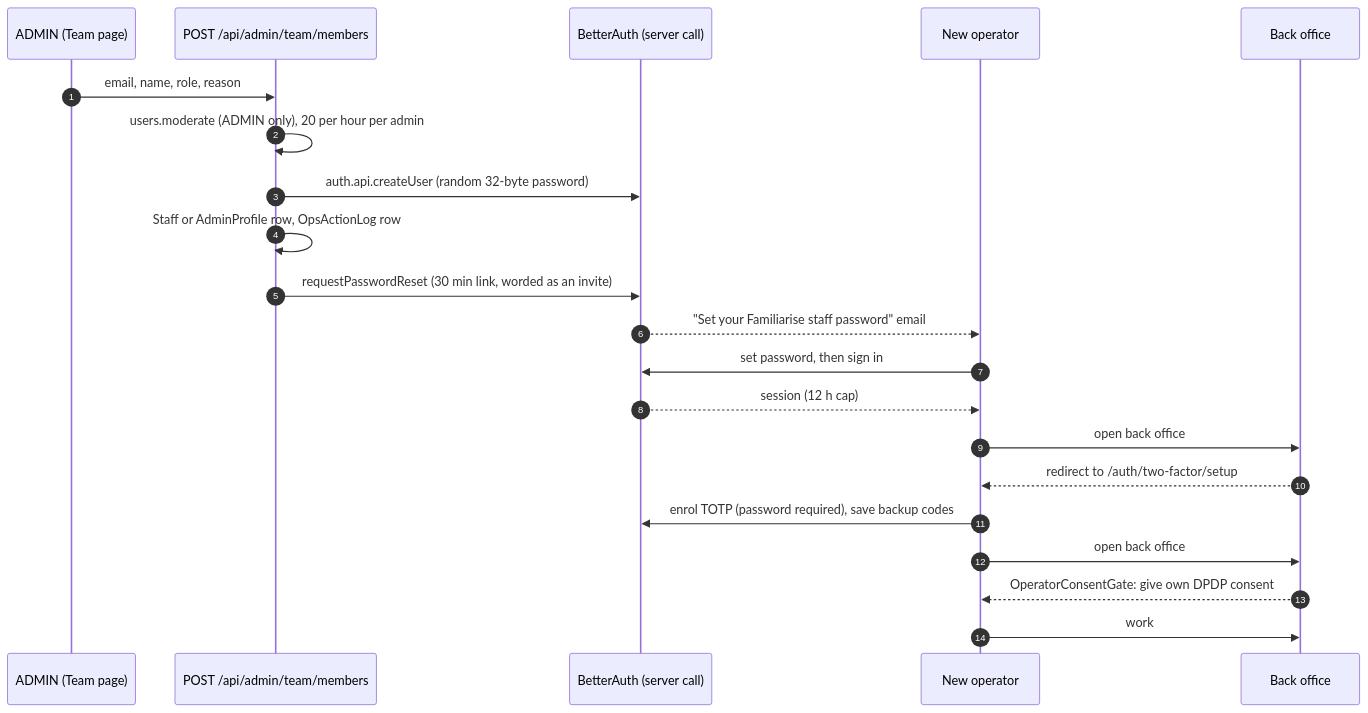
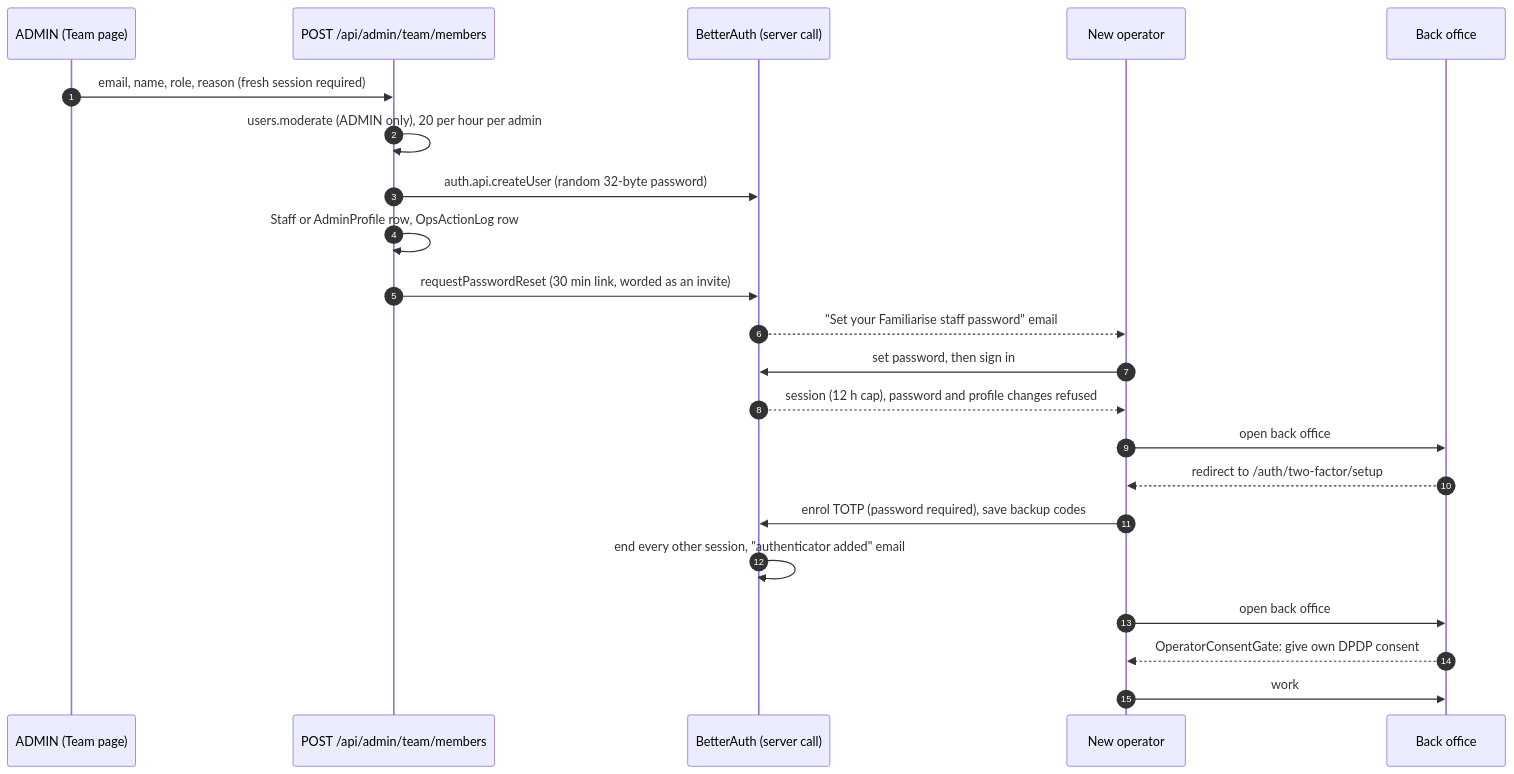
One commit to Practitionist/familiarise_web changed the diagram in docs/authentication/staff-onboarding.md. Above: the diagram before and after it, drawn with Mermaid. The commit also changed other lines of this file and 80 other files, not shown here.

````diff
--- a/docs/authentication/staff-onboarding.md
+++ b/docs/authentication/staff-onboarding.md
@@ -23,24 +24,25 @@
 ```mermaid
 sequenceDiagram
   autonumber
   participant A as ADMIN (Team page)
   participant API as POST /api/admin/team/members
   participant BA as BetterAuth (server call)
   participant S as New operator
   participant BO as Back office
 
-  A->>API: email, name, role, reason
+  A->>API: email, name, role, reason (fresh session required)
   API->>API: users.moderate (ADMIN only), 20 per hour per admin
   API->>BA: auth.api.createUser (random 32-byte password)
   API->>API: Staff or AdminProfile row, OpsActionLog row
   API->>BA: requestPasswordReset (30 min link, worded as an invite)
   BA-->>S: "Set your Familiarise staff password" email
   S->>BA: set password, then sign in
-  BA-->>S: session (12 h cap)
+  BA-->>S: session (12 h cap), password and profile changes refused
   S->>BO: open back office
   BO-->>S: redirect to /auth/two-factor/setup
   S->>BA: enrol TOTP (password required), save backup codes
+  BA->>BA: end every other session, "authenticator added" email
   S->>BO: open back office
   BO-->>S: OperatorConsentGate: give own DPDP consent
   S->>BO: work
 ```
````
